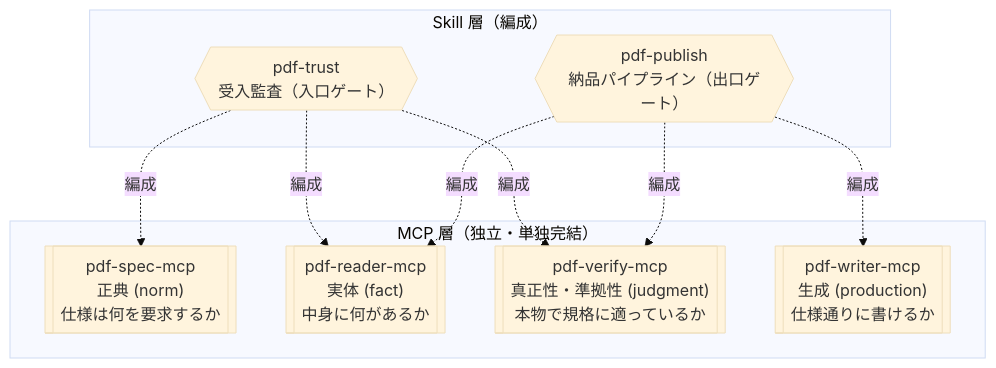
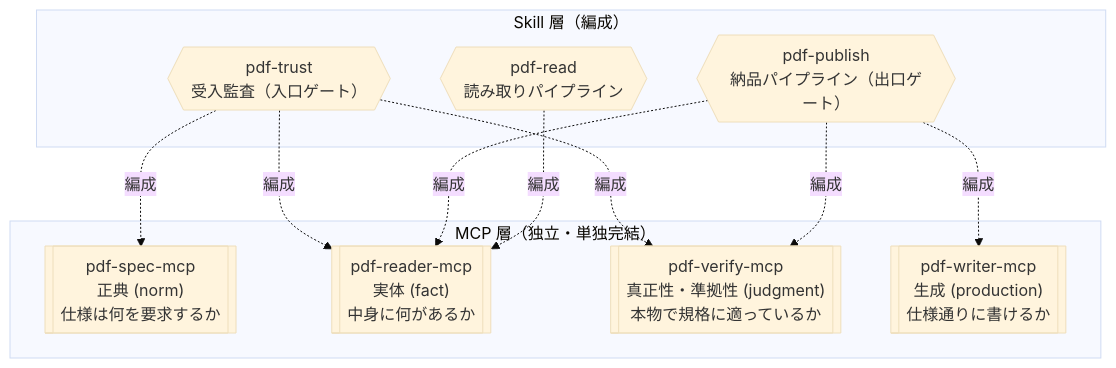
The second of 2 diagrams in site/docs/ja/guide/architecture.md (shuji-bonji/pdf-agent-stack), drawn with Mermaid (base theme) before and after one commit. The commit also changed other lines of this file and 27 other files, not shown here.

````diff
--- a/site/docs/ja/guide/architecture.md
+++ b/site/docs/ja/guide/architecture.md
@@ -47,15 +49,17 @@
 ```mermaid
 graph TB
   subgraph Skills["Skill 層（編成）"]
     TRUST{{"pdf-trust<br>受入監査（入口ゲート）"}}
     PUBLISH{{"pdf-publish<br>納品パイプライン（出口ゲート）"}}
+    READ{{"pdf-read<br>読み取りパイプライン"}}
   end
   subgraph MCPs["MCP 層（独立・単独完結）"]
     SPEC[["pdf-spec-mcp<br>正典 (norm)<br>仕様は何を要求するか"]]
     READER[["pdf-reader-mcp<br>実体 (fact)<br>中身に何があるか"]]
     VERIFY[["pdf-verify-mcp<br>真正性・準拠性 (judgment)<br>本物で規格に適っているか"]]
     WRITER[["pdf-writer-mcp<br>生成 (production)<br>仕様通りに書けるか"]]
   end
   TRUST -.->|編成| VERIFY & READER & SPEC
   PUBLISH -.->|編成| WRITER & READER & VERIFY
+  READ -.->|編成| READER
 ```
````
